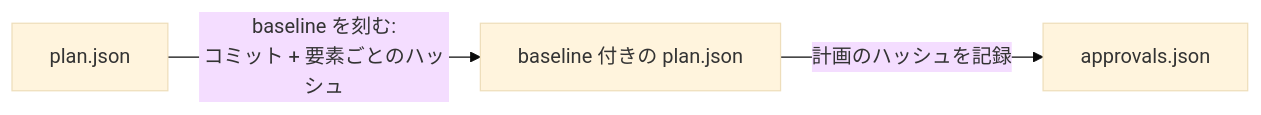
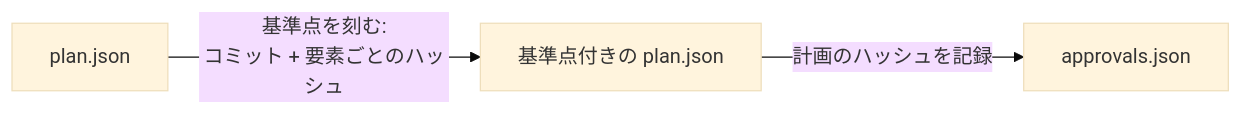
The diagram in docs/ja/agent-course/03-review-and-approve.md (gurenjs/guren), drawn with Mermaid (base theme) before and after one commit. The commit also changed other lines of this file and 80 other files, not shown here.

````diff
--- a/docs/ja/agent-course/03-review-and-approve.md
+++ b/docs/ja/agent-course/03-review-and-approve.md
@@ -104,5 +108,5 @@
 ```mermaid
 flowchart LR
-  Plan["plan.json"] -- "baseline を刻む:<br/>コミット + 要素ごとのハッシュ" --> Stamped["baseline 付きの plan.json"]
+  Plan["plan.json"] -- "基準点を刻む:<br/>コミット + 要素ごとのハッシュ" --> Stamped["基準点付きの plan.json"]
   Stamped -- "計画のハッシュを記録" --> Approvals["approvals.json"]
 ```
````
